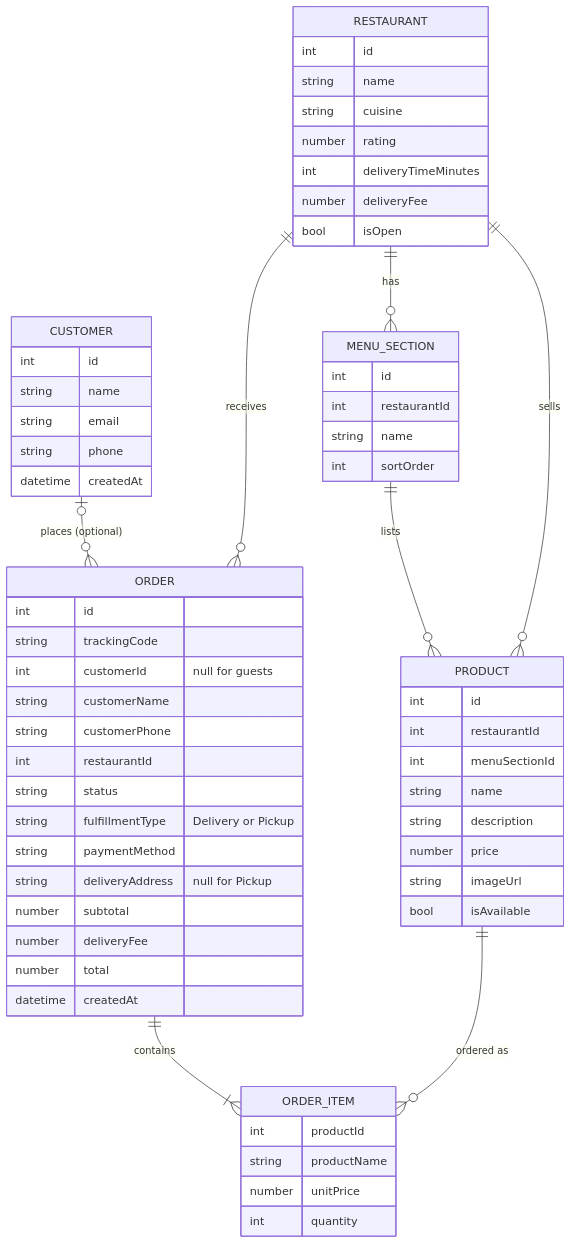
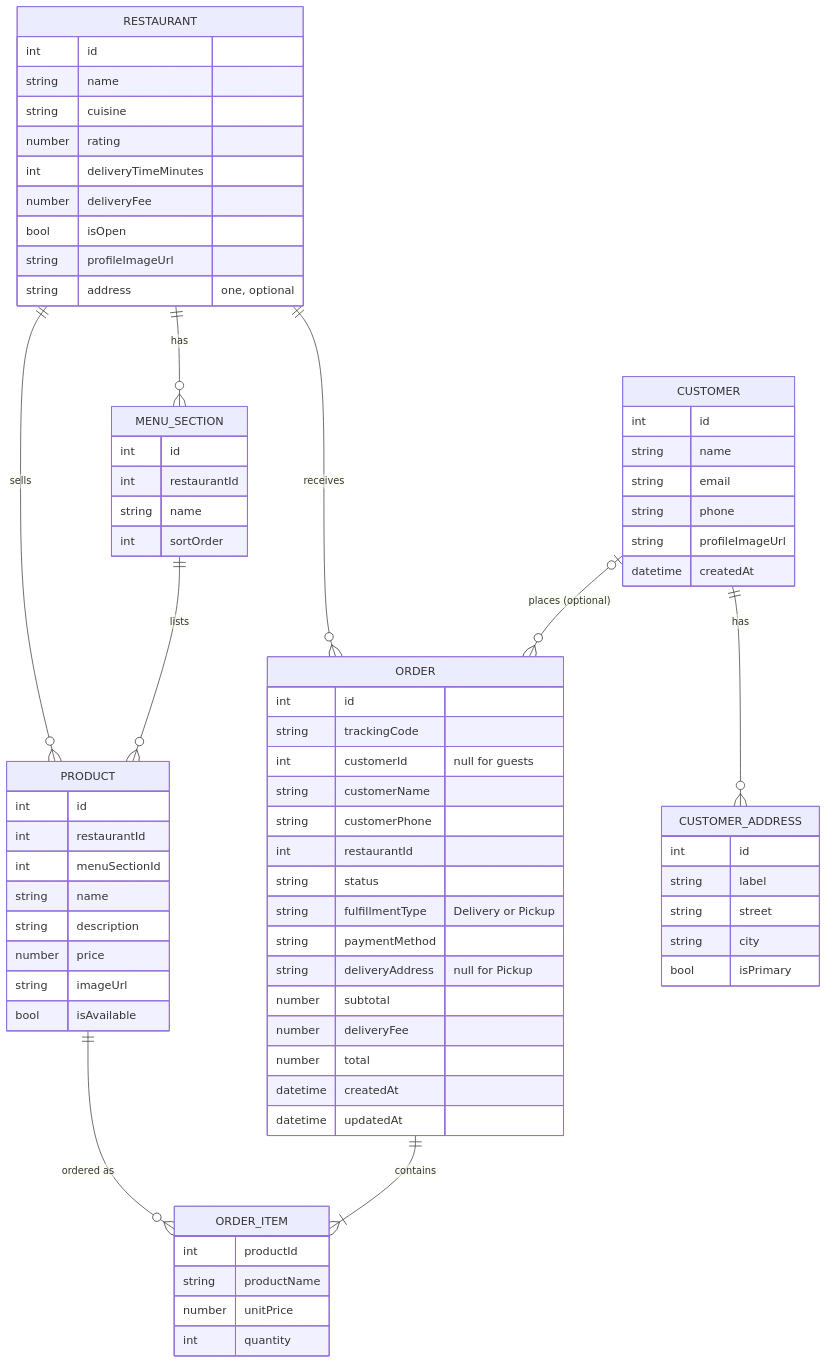
One commit to ederoliv/goeat changed the diagram in docs/api-contract.md. Above: the diagram before and after it, drawn with Mermaid. The commit also changed other lines of this file and 22 other files, not shown here.

````diff
--- a/docs/api-contract.md
+++ b/docs/api-contract.md
@@ -571,64 +703,76 @@
 ```mermaid
 erDiagram
     RESTAURANT ||--o{ MENU_SECTION : "has"
     MENU_SECTION ||--o{ PRODUCT : "lists"
     RESTAURANT ||--o{ PRODUCT : "sells"
     CUSTOMER |o--o{ ORDER : "places (optional)"
+    CUSTOMER ||--o{ CUSTOMER_ADDRESS : "has"
     RESTAURANT ||--o{ ORDER : "receives"
     ORDER ||--|{ ORDER_ITEM : "contains"
     PRODUCT ||--o{ ORDER_ITEM : "ordered as"
     RESTAURANT {
         int id
         string name
         string cuisine
         number rating
         int deliveryTimeMinutes
         number deliveryFee
         bool isOpen
+        string profileImageUrl
+        string address "one, optional"
     }
     MENU_SECTION {
         int id
         int restaurantId
         string name
         int sortOrder
     }
     PRODUCT {
         int id
         int restaurantId
         int menuSectionId
         string name
         string description
         number price
         string imageUrl
         bool isAvailable
     }
     CUSTOMER {
         int id
         string name
         string email
         string phone
+        string profileImageUrl
         datetime createdAt
     }
     ORDER {
         int id
         string trackingCode
         int customerId "null for guests"
         string customerName
         string customerPhone
         int restaurantId
         string status
         string fulfillmentType "Delivery or Pickup"
         string paymentMethod
         string deliveryAddress "null for Pickup"
         number subtotal
         number deliveryFee
         number total
         datetime createdAt
+        datetime updatedAt
+    }
+    CUSTOMER_ADDRESS {
+        int id
+        string label
+        string street
+        string city
+        bool isPrimary
     }
     ORDER_ITEM {
         int productId
         string productName
         number unitPrice
         int quantity
     }
 ```
````
